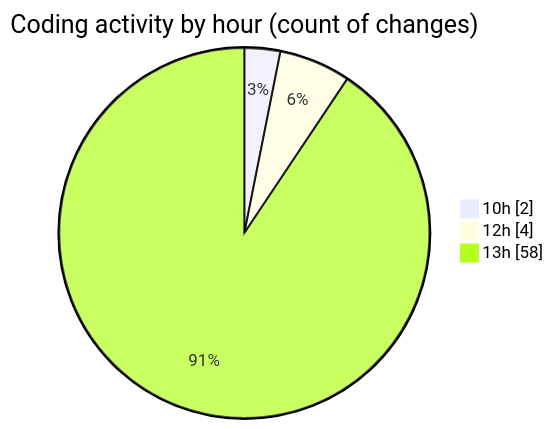
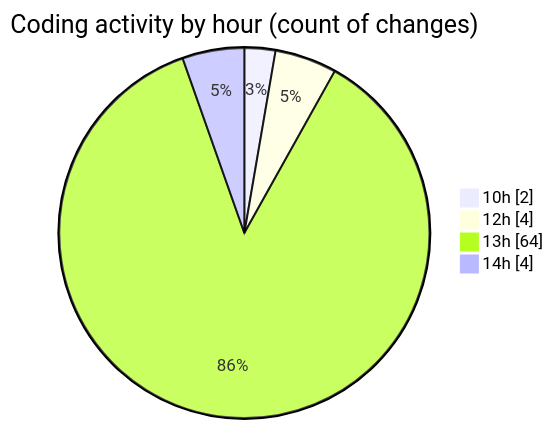
One commit to momahboobian/code-tracking changed the second of 2 diagrams in 2026-04-30/cda/README.md. Above: the diagram before and after it, drawn with Mermaid. The commit also changed other lines of this file and 1 other file, not shown here.

````diff
--- a/2026-04-30/cda/README.md
+++ b/2026-04-30/cda/README.md
@@ -66,7 +66,8 @@
 ```mermaid
 pie showData
 title Coding activity by hour (count of changes)
 "10h" : 2
 "12h" : 4
-"13h" : 58
+"13h" : 64
+"14h" : 4
 ```
````
